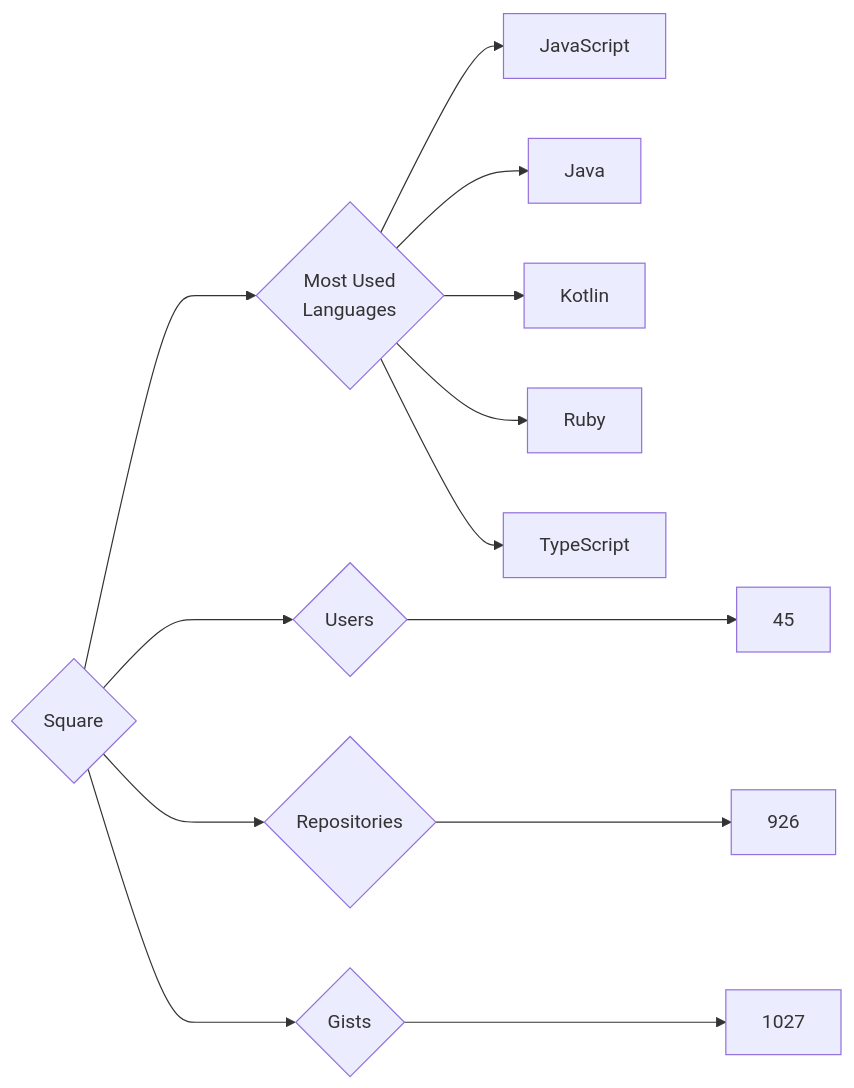
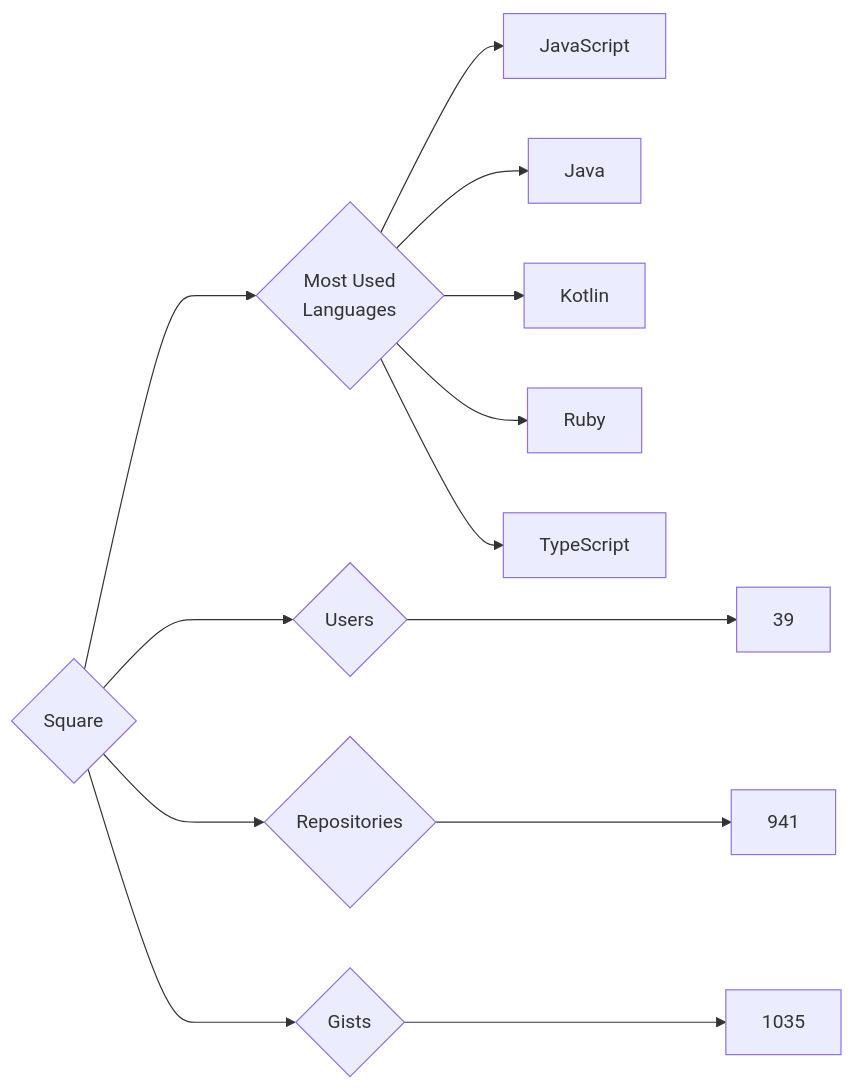
One commit to trickest/insiders changed the diagram in targets/Square/README.md. Above: the diagram before and after it, drawn with Mermaid. The commit also changed 794 other files, not shown here.

````diff
--- a/targets/Square/README.md
+++ b/targets/Square/README.md
@@ -3,13 +3,13 @@
 ```mermaid
 graph LR
 COMPANY_NAME{Square}
-COMPANY_NAME ---> U{Users} ---> UN[45]
-COMPANY_NAME ---> R{Repositories} ---> RN[926]
-COMPANY_NAME ---> G{Gists} ---> GN[1027]
+COMPANY_NAME ---> U{Users} ---> UN[39]
+COMPANY_NAME ---> R{Repositories} ---> RN[941]
+COMPANY_NAME ---> G{Gists} ---> GN[1035]
 COMPANY_NAME ---> ML{Most Used<br>Languages}
 ML --> JavaScript[JavaScript]
 ML --> Java[Java]
 ML --> Kotlin[Kotlin]
 ML --> Ruby[Ruby]
 ML --> TypeScript[TypeScript]
 ```
````
